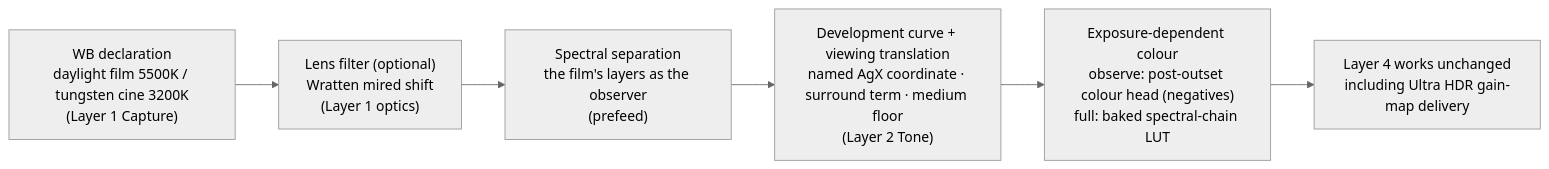
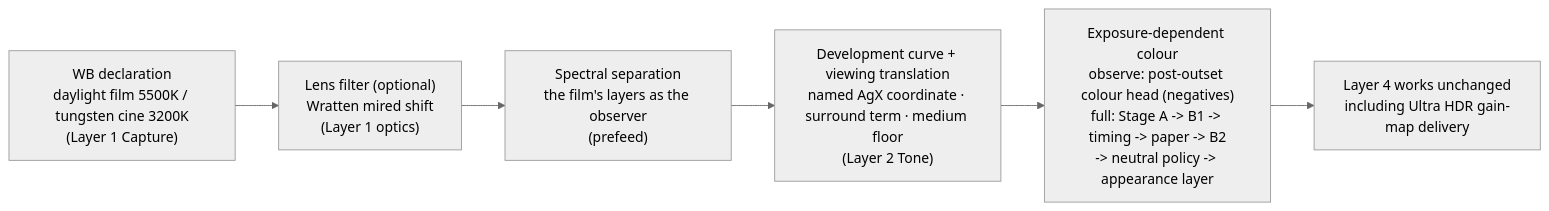
One commit to Gen-416/AgXRAW changed the third of 3 diagrams in docs/ARCHITECTURE.md. Above: the diagram before and after it, drawn with Mermaid (neutral theme). The commit also changed 10 other files, not shown here.

First line of the commit message:
appearance A7: cast axis under exposure, deep freeze, dynamic gates (#86)

````diff
--- a/docs/ARCHITECTURE.md
+++ b/docs/ARCHITECTURE.md
@@ -889,10 +889,10 @@
 ```mermaid
 flowchart LR
     D1["WB declaration<br/>daylight film 5500K / tungsten cine 3200K<br/>(Layer 1 Capture)"]
     D2["Lens filter (optional)<br/>Wratten mired shift<br/>(Layer 1 optics)"]
     D3["Spectral separation<br/>the film's layers as the observer<br/>(prefeed)"]
     D4["Development curve + viewing translation<br/>named AgX coordinate · surround term · medium floor<br/>(Layer 2 Tone)"]
-    D5["Exposure-dependent colour<br/>observe: post-outset colour head (negatives)<br/>full: baked spectral-chain LUT"]
+    D5["Exposure-dependent colour<br/>observe: post-outset colour head (negatives)<br/>full: Stage A -> B1 -> timing -> paper -> B2<br/>-> neutral policy -> appearance layer"]
     D1 --> D2 --> D3 --> D4 --> D5
     D5 --> OUT["Layer 4 works unchanged<br/>including Ultra HDR gain-map delivery"]
 ```
````
